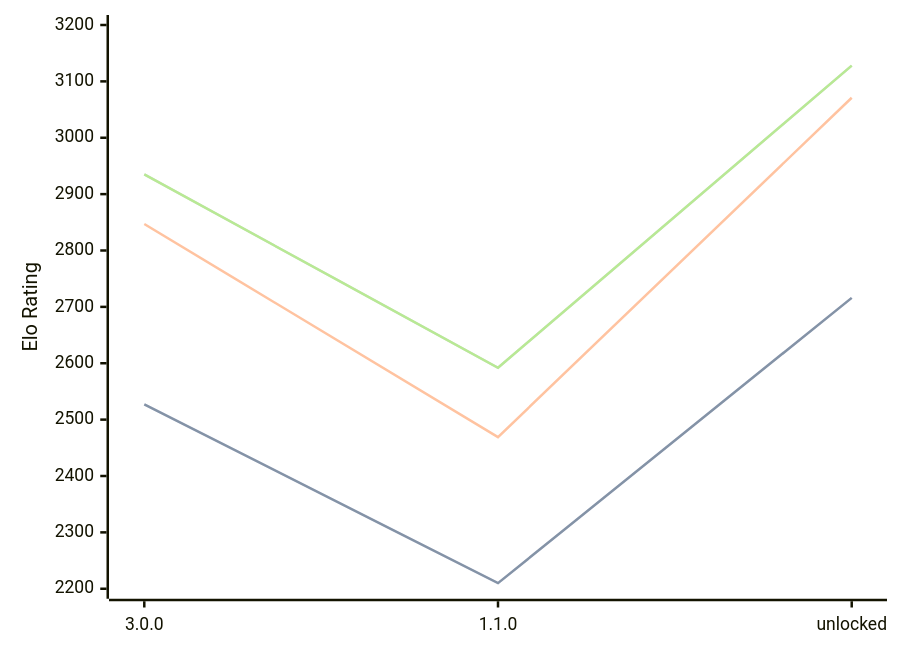
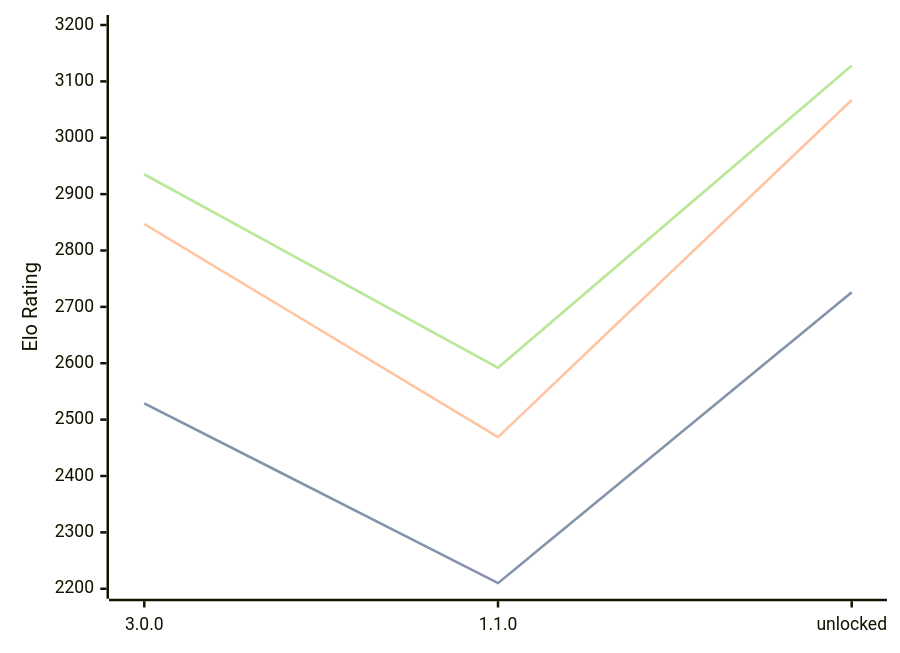
Before and after one commit to computer-chess-index/cci: the diagram in engines/Potential.md, drawn with Mermaid. The commit also changed other lines of this file, not shown here.

````diff
--- a/engines/Potential.md
+++ b/engines/Potential.md
@@ -35,11 +35,11 @@
 ```mermaid
 %%{init: {"theme":"base","themeVariables":{"seriesColors:['#a3a3a3','#222221','#faa371']}}}%%
 xychart-beta
   x-axis ["3.0.0", "1.1.0", "unlocked"]
   y-axis "Elo Rating" 2200 --> 3200
-  line "STC (8.0+0.08s)" [2527, 2210, 2716]
-  line "STC (8.0+0.08s)" [2527, 2210, 2716]
-  line "LTC (60.0+0.60s)" [2847, 2469, 3071]
+  line "STC (8.0+0.08s)" [2529, 2210, 2726]
+  line "STC (8.0+0.08s)" [2529, 2210, 2726]
+  line "LTC (60.0+0.60s)" [2847, 2469, 3067]
   line "VLTC (2m24s+1.12s)" [2935, 2592, 3128]
   line "VLTC (2m24s+1.12s)" [2935, 2592, 3128]
 ```
````
